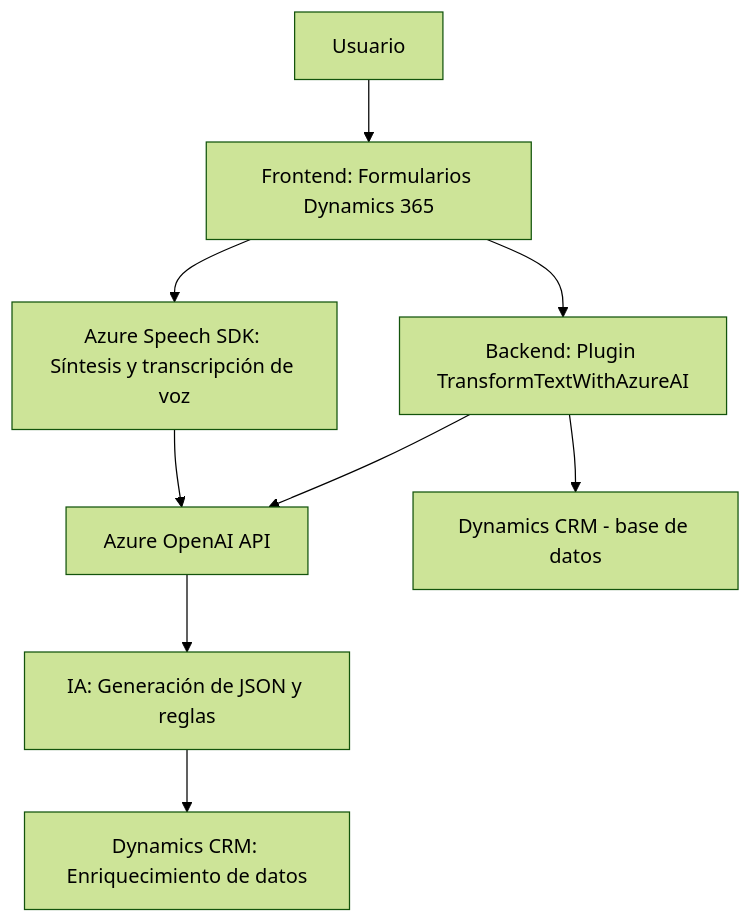
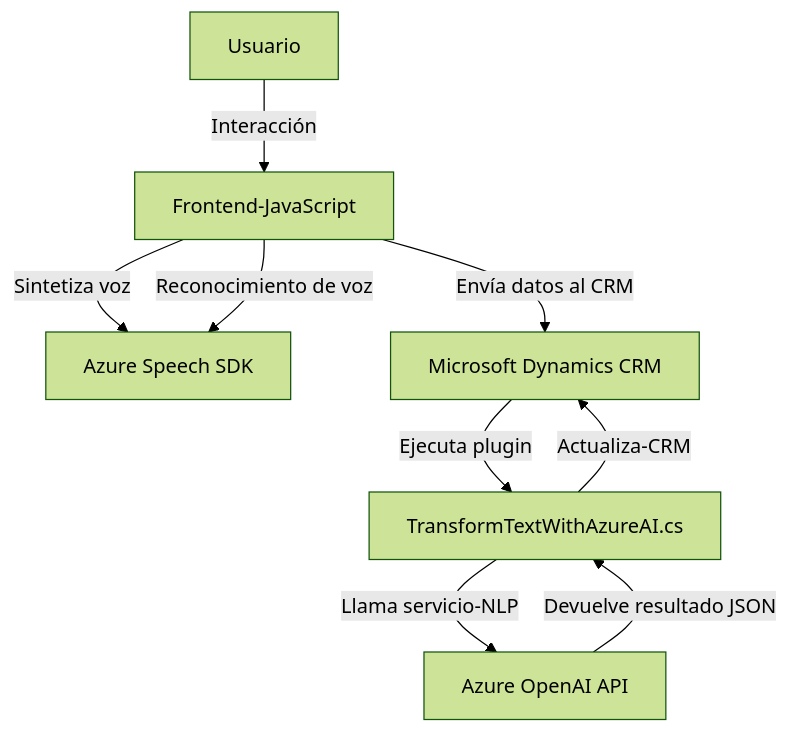
The diagram in README.md (blopezdm/NETCORE_BILBAO2025), drawn with Mermaid (forest theme) before and after one commit. The commit also changed other lines of this file, not shown here.

````diff
--- a/README.md
+++ b/README.md
@@ -56,11 +51,13 @@
 ```mermaid
 graph TD
-    A["Usuario"] --> B["Frontend: Formularios Dynamics 365"]
-    B --> C["Azure Speech SDK: Síntesis y transcripción de voz"]
-    B --> D["Backend: Plugin TransformTextWithAzureAI"]
-    C --> E["Azure OpenAI API"]
-    D --> E
-    D --> F["Dynamics CRM - base de datos"]
-    E --> G["IA: Generación de JSON y reglas"]
-    G --> H["Dynamics CRM: Enriquecimiento de datos"]
+    A["Usuario"] -->|Interacción| B["Frontend-JavaScript"]
+    B -->|Sintetiza voz| C["Azure Speech SDK"]
+    B -->|Reconocimiento de voz| C
+    B -->|Envía datos al CRM| D["Microsoft Dynamics CRM"]
+
+    D -->|Ejecuta plugin| E["TransformTextWithAzureAI.cs"]
+    E -->|Llama servicio-NLP| F["Azure OpenAI API"]
+    F -->|Devuelve resultado JSON| E
+
+    E -->|Actualiza-CRM| D
 ```
````
